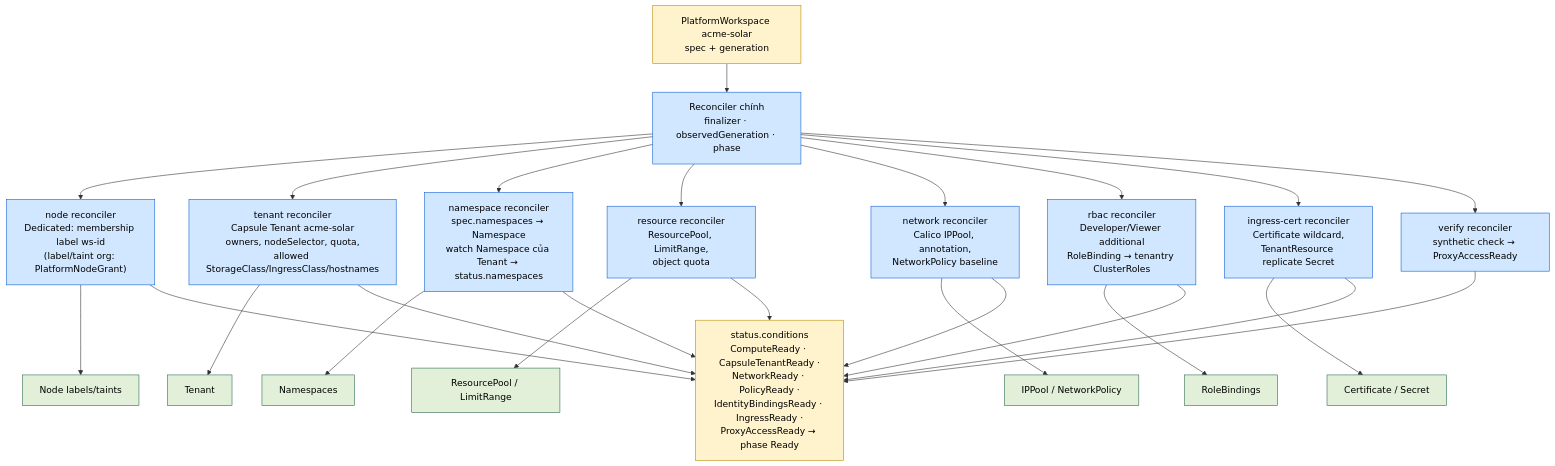
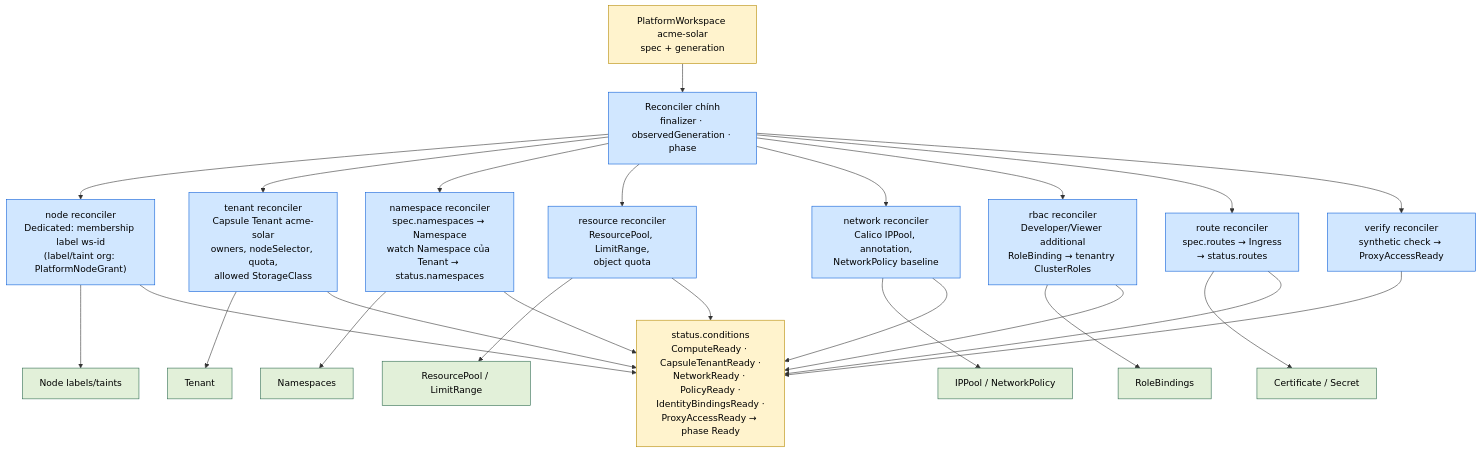
The fifth of 5 diagrams in docs/architecture/01-system-context.md (thaihoc1310/tenantry), drawn with Mermaid before and after one commit. The commit also changed other lines of this file and 10 other files, not shown here.

````diff
--- a/docs/architecture/01-system-context.md
+++ b/docs/architecture/01-system-context.md
@@ -271,38 +270,38 @@
 ```mermaid
 flowchart TB
   classDef in fill:#fff3cd,stroke:#b58900,color:#000
   classDef rec fill:#d1e7ff,stroke:#0b5ed7,color:#000
   classDef out fill:#e2f0d9,stroke:#2d6a4f,color:#000
 
   CR["PlatformWorkspace acme-solar<br/>spec + generation"]:::in
   Main["Reconciler chính<br/>finalizer · observedGeneration · phase"]:::rec
 
   R1["node reconciler<br/>Dedicated: membership label ws-id<br/>(label/taint org: PlatformNodeGrant)"]:::rec
-  R2["tenant reconciler<br/>Capsule Tenant acme-solar<br/>owners, nodeSelector, quota,<br/>allowed StorageClass/IngressClass/hostnames"]:::rec
+  R2["tenant reconciler<br/>Capsule Tenant acme-solar<br/>owners, nodeSelector, quota,<br/>allowed StorageClass"]:::rec
   R3["namespace reconciler<br/>spec.namespaces → Namespace<br/>watch Namespace của Tenant → status.namespaces"]:::rec
   R4["resource reconciler<br/>ResourcePool, LimitRange,<br/>object quota"]:::rec
   R5["network reconciler<br/>Calico IPPool, annotation,<br/>NetworkPolicy baseline"]:::rec
   R6["rbac reconciler<br/>Developer/Viewer additional<br/>RoleBinding → tenantry ClusterRoles"]:::rec
-  R7["ingress-cert reconciler<br/>Certificate wildcard,<br/>TenantResource replicate Secret"]:::rec
+  R7["route reconciler<br/>spec.routes → Ingress<br/>→ status.routes"]:::rec
   R8["verify reconciler<br/>synthetic check → ProxyAccessReady"]:::rec
 
   O1["Node labels/taints"]:::out
   O2["Tenant"]:::out
   O3["Namespaces"]:::out
   O4["ResourcePool / LimitRange"]:::out
   O5["IPPool / NetworkPolicy"]:::out
   O6["RoleBindings"]:::out
   O7["Certificate / Secret"]:::out
-  Status["status.conditions<br/>ComputeReady · CapsuleTenantReady ·<br/>NetworkReady · PolicyReady ·<br/>IdentityBindingsReady · IngressReady ·<br/>ProxyAccessReady → phase Ready"]:::in
+  Status["status.conditions<br/>ComputeReady · CapsuleTenantReady ·<br/>NetworkReady · PolicyReady ·<br/>IdentityBindingsReady ·<br/>ProxyAccessReady → phase Ready"]:::in
 
   CR --> Main
   Main --> R1 --> O1
   Main --> R2 --> O2
   Main --> R3 --> O3
   Main --> R4 --> O4
   Main --> R5 --> O5
   Main --> R6 --> O6
   Main --> R7 --> O7
   Main --> R8
   R1 & R2 & R3 & R4 & R5 & R6 & R7 & R8 --> Status
 ```
````
